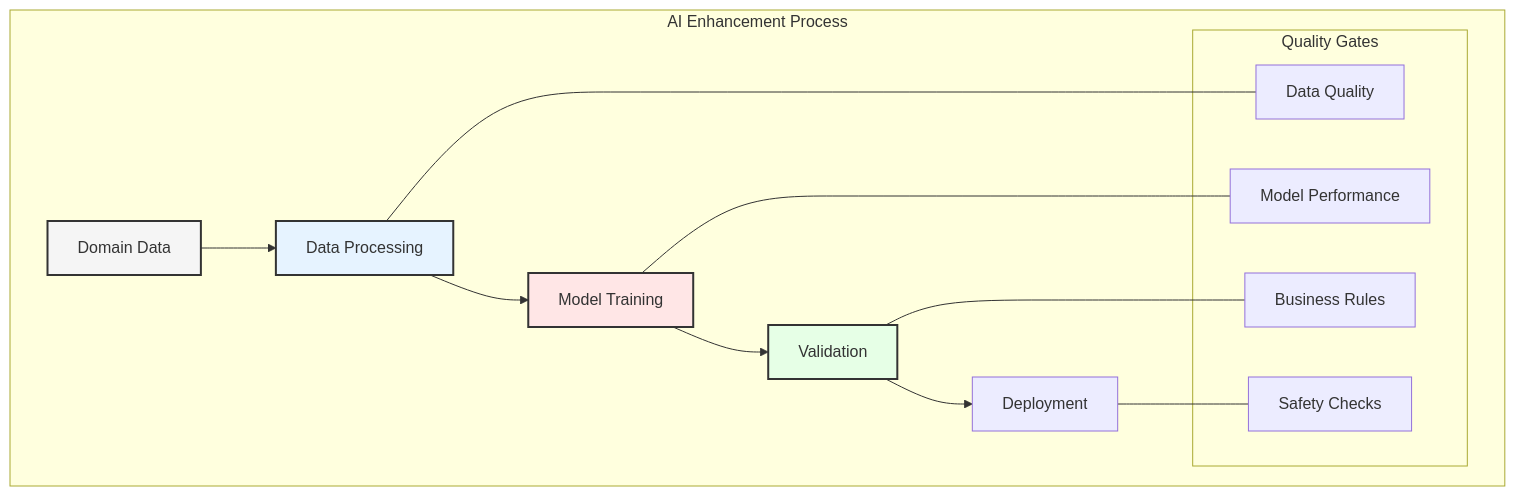
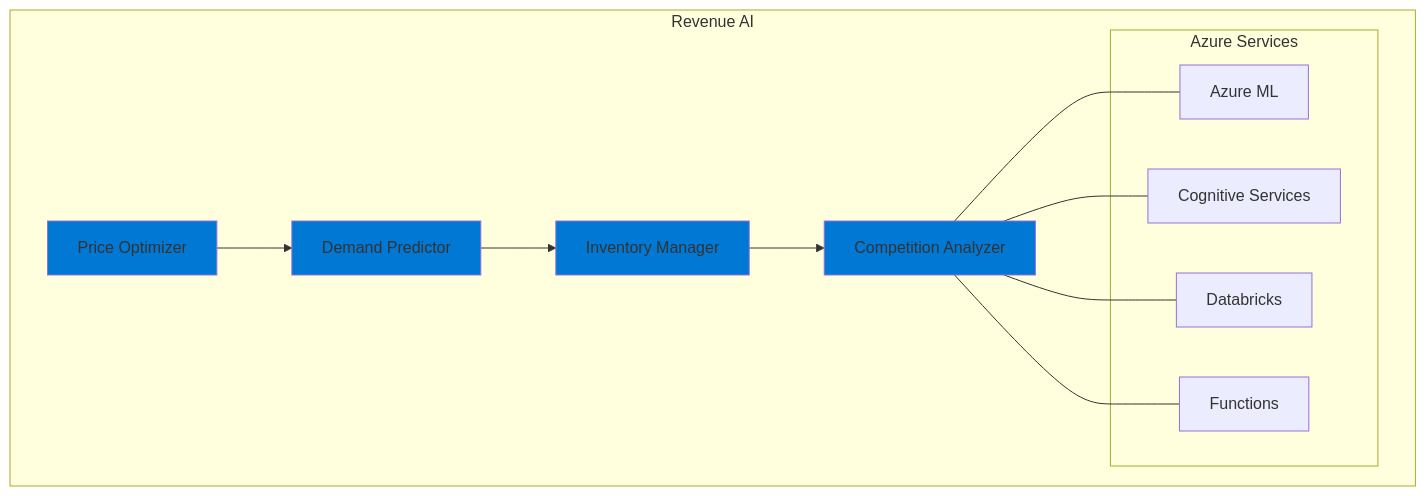
The third of 7 diagrams in enterprise_data_architecture/chapters/05_agentic_ai.md (data-octo/agentic_ai_research), drawn with Mermaid before and after one commit. The commit also changed other lines of this file and 11 other files, not shown here.

````diff
--- a/enterprise_data_architecture/chapters/05_agentic_ai.md
+++ b/enterprise_data_architecture/chapters/05_agentic_ai.md
@@ -86,26 +76,25 @@
 ```mermaid
 graph TB
-    subgraph "AI Enhancement Process"
-        A[Domain Data] --> B[Data Processing]
-        B --> C[Model Training]
-        C --> D[Validation]
-        D --> E[Deployment]
+    subgraph "Revenue AI"
+        A[Price Optimizer] --> B[Demand Predictor]
+        B --> C[Inventory Manager]
+        C --> D[Competition Analyzer]
         
-        subgraph "Quality Gates"
-            F[Data Quality]
-            G[Model Performance]
-            H[Business Rules]
-            I[Safety Checks]
+        subgraph "Azure Services"
+            E[Azure ML]
+            F[Cognitive Services]
+            G[Databricks]
+            H[Functions]
         end
         
-        B --- F
-        C --- G
+        D --- E
+        D --- F
+        D --- G
         D --- H
-        E --- I
     end
     
-    style A fill:#f5f5f5,stroke:#333,stroke-width:2px
-    style B fill:#e6f3ff,stroke:#333,stroke-width:2px
-    style C fill:#ffe6e6,stroke:#333,stroke-width:2px
-    style D fill:#e6ffe6,stroke:#333,stroke-width:2px
+    style A fill:#0078d4
+    style B fill:#0078d4
+    style C fill:#0078d4
+    style D fill:#0078d4
 ```
````
